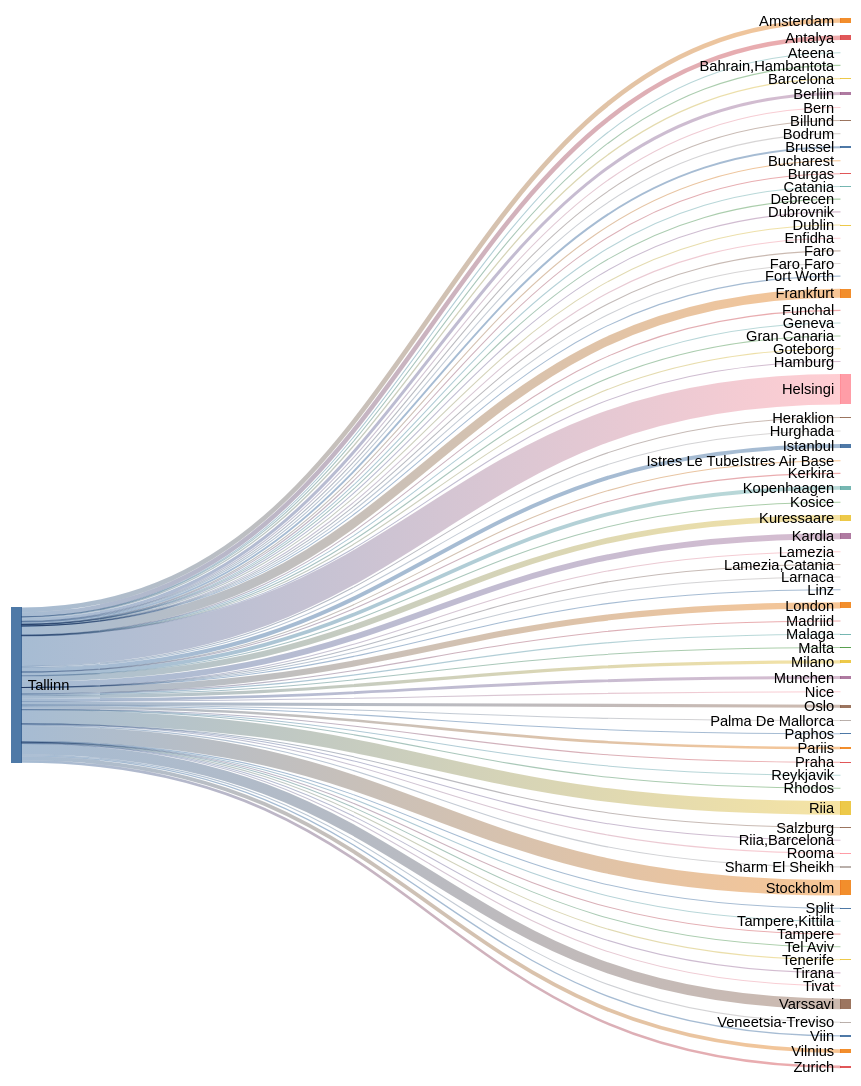
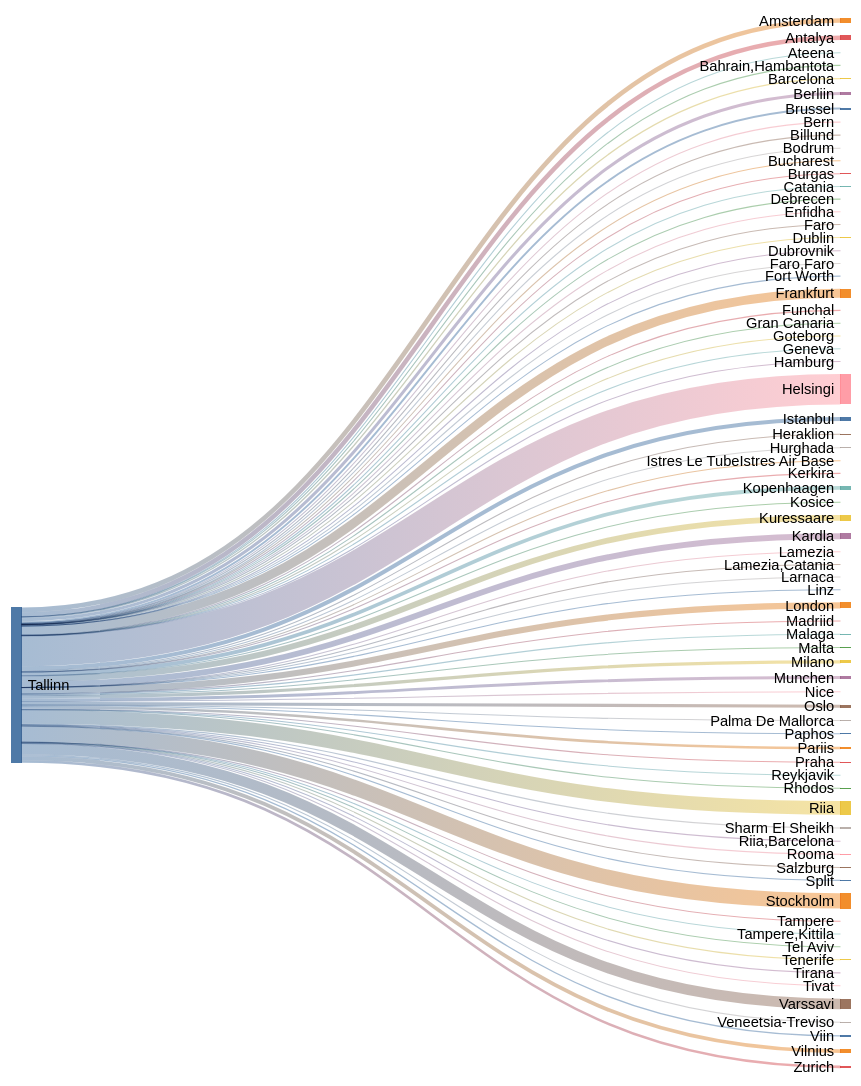
Before and after one commit to rainermesi/tll-airport-departures: the second of 2 diagrams in README.md, drawn with Mermaid (forest theme). The commit also changed other lines of this file and 1 other file, not shown here.

````diff
--- a/README.md
+++ b/README.md
@@ -41,16 +41,16 @@
 ---
 sankey-beta
 %% source,target,value
-Tallinn,Amsterdam,385
-Tallinn,Antalya,370
+Tallinn,Amsterdam,387
+Tallinn,Antalya,371
 Tallinn,Ateena,16
 Tallinn,"Bahrain,Hambantota",1
 Tallinn,Barcelona,107
-Tallinn,Berliin,250
+Tallinn,Berliin,252
 Tallinn,Bern,1
 Tallinn,Billund,63
 Tallinn,Bodrum,11
-Tallinn,Brussel,159
+Tallinn,Brussel,160
 Tallinn,Bucharest,1
 Tallinn,Burgas,38
 Tallinn,Catania,2
@@ -61,58 +61,58 @@
 Tallinn,Faro,4
 Tallinn,"Faro,Faro",1
 Tallinn,Fort Worth,1
-Tallinn,Frankfurt,736
+Tallinn,Frankfurt,739
 Tallinn,Funchal,5
 Tallinn,Geneva,13
 Tallinn,Gran Canaria,38
 Tallinn,Goteborg,1
 Tallinn,Hamburg,2
-Tallinn,Helsingi,2489
+Tallinn,Helsingi,2499
 Tallinn,Heraklion,72
 Tallinn,Hurghada,75
-Tallinn,Istanbul,329
+Tallinn,Istanbul,331
 Tallinn,Istres Le TubeIstres Air Base,2
 Tallinn,Kerkira,4
-Tallinn,Kopenhaagen,305
+Tallinn,Kopenhaagen,306
 Tallinn,Kosice,1
-Tallinn,Kuressaare,477
-Tallinn,Kardla,477
+Tallinn,Kuressaare,479
+Tallinn,Kardla,479
 Tallinn,Lamezia,1
 Tallinn,"Lamezia,Catania",3
 Tallinn,Larnaca,4
 Tallinn,Linz,2
-Tallinn,London,501
+Tallinn,London,502
 Tallinn,Madriid,1
 Tallinn,Malaga,98
 Tallinn,Malta,22
 Tallinn,Milano,258
-Tallinn,Munchen,238
+Tallinn,Munchen,240
 Tallinn,Nice,38
-Tallinn,Oslo,258
+Tallinn,Oslo,259
 Tallinn,Palma De Mallorca,26
 Tallinn,Paphos,66
-Tallinn,Pariis,208
+Tallinn,Pariis,210
 Tallinn,Praha,66
 Tallinn,Reykjavik,6
-Tallinn,Rhodos,45
-Tallinn,Riia,1120
+Tallinn,Rhodos,46
+Tallinn,Riia,1124
 Tallinn,"Riia,Barcelona",1
 Tallinn,Rooma,80
 Tallinn,Salzburg,14
-Tallinn,Sharm El Sheikh,96
+Tallinn,Sharm El Sheikh,97
 Tallinn,Split,39
-Tallinn,Stockholm,1257
+Tallinn,Stockholm,1260
 Tallinn,Tampere,17
 Tallinn,"Tampere,Kittila",21
 Tallinn,Tel Aviv,1
 Tallinn,Tenerife,58
-Tallinn,Tirana,18
-Tallinn,Tivat,45
-Tallinn,Varssavi,861
+Tallinn,Tirana,19
+Tallinn,Tivat,46
+Tallinn,Varssavi,864
 Tallinn,Veneetsia-Treviso,67
 Tallinn,Viin,106
-Tallinn,Vilnius,307
-Tallinn,Zurich,214
+Tallinn,Vilnius,309
+Tallinn,Zurich,215
 
 
 ```
````
